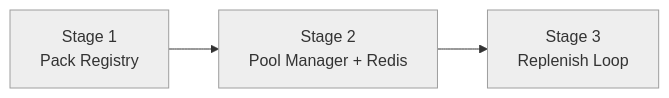
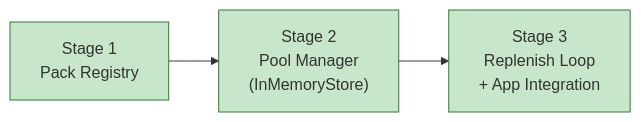
The diagram in docs/proposals/epic-1-tps-mvp/child-3-phase1a-pack-registry-pool-manager/progress.md (info-tech-io/web-terminal), drawn with Mermaid before and after one commit. The commit also changed other lines of this file and 8 other files, not shown here.

First line of the commit message:
feat(child-3): implement Pack Registry and Pool Manager

````diff
--- a/docs/proposals/epic-1-tps-mvp/child-3-phase1a-pack-registry-pool-manager/progress.md
+++ b/docs/proposals/epic-1-tps-mvp/child-3-phase1a-pack-registry-pool-manager/progress.md
@@ -8,9 +8,9 @@
 ```mermaid
 graph LR
-    A["Stage 1\nPack Registry"] --> B["Stage 2\nPool Manager + Redis"]
-    B --> C["Stage 3\nReplenish Loop"]
+    A["Stage 1\nPack Registry"] --> B["Stage 2\nPool Manager\n(InMemoryStore)"]
+    B --> C["Stage 3\nReplenish Loop\n+ App Integration"]
 
-    style A fill:#eeeeee,stroke:#9e9e9e
-    style B fill:#eeeeee,stroke:#9e9e9e
-    style C fill:#eeeeee,stroke:#9e9e9e
+    style A fill:#c8e6c9,stroke:#2e7d32
+    style B fill:#c8e6c9,stroke:#2e7d32
+    style C fill:#c8e6c9,stroke:#2e7d32
 ```
````
